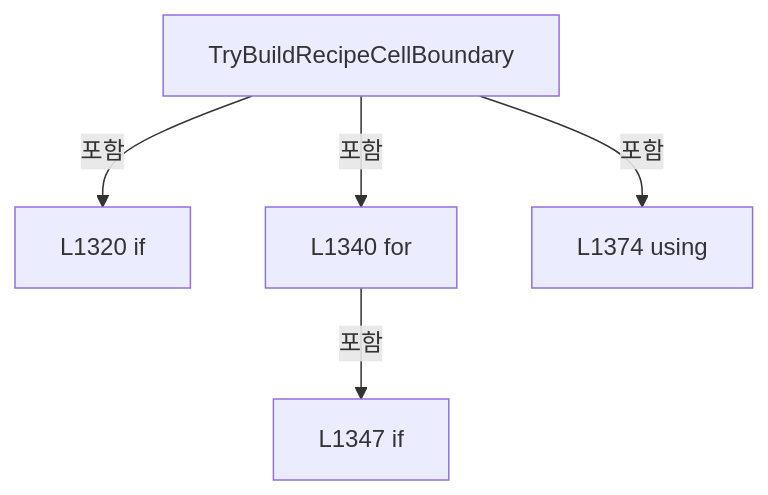
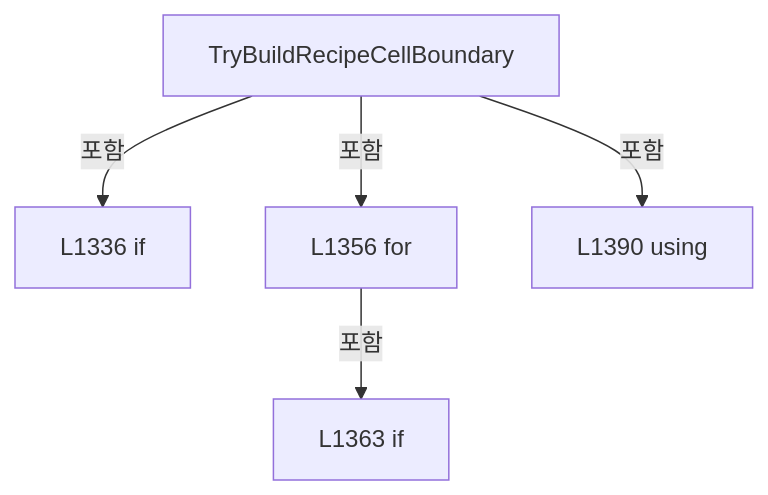
Before and after one commit to kjuws10-rgb/Shared: diagram 15 of 22 in A3 LD Code Ref/files/Drilling.UI/Menu/Menus/CReviewGlassPreviewBuilder.cs.md, drawn with Mermaid. The commit also changed other lines of this file and 2071 other files, not shown here.

Commit message:
docs(a3): update 11.19.0 architecture and code reference

````diff
--- a/A3 LD Code Ref/files/Drilling.UI/Menu/Menus/CReviewGlassPreviewBuilder.cs.md
+++ b/A3 LD Code Ref/files/Drilling.UI/Menu/Menus/CReviewGlassPreviewBuilder.cs.md
@@ -2365,12 +2380,12 @@
 ```mermaid
 flowchart TD
  M["TryBuildRecipeCellBoundary"]
- N0["L1320 if"]
+ N0["L1336 if"]
  M -->|포함| N0
- N1["L1340 for"]
+ N1["L1356 for"]
  M -->|포함| N1
- N2["L1347 if"]
+ N2["L1363 if"]
  N1 -->|포함| N2
- N3["L1374 using"]
+ N3["L1390 using"]
  M -->|포함| N3
 ```
````
